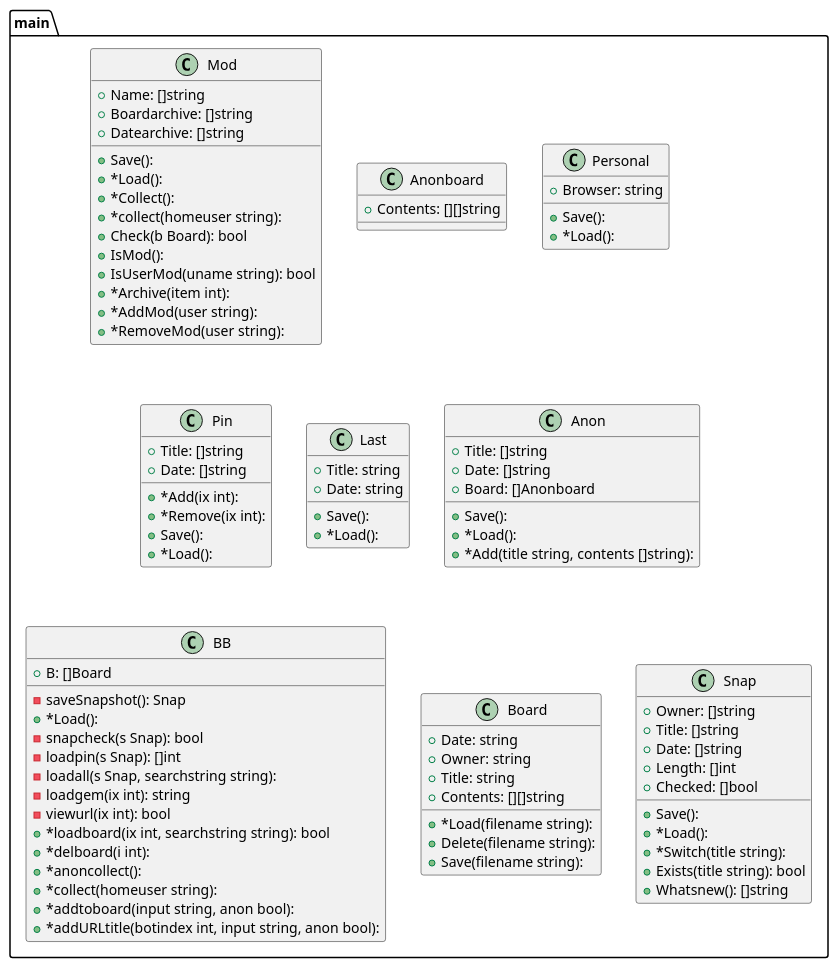
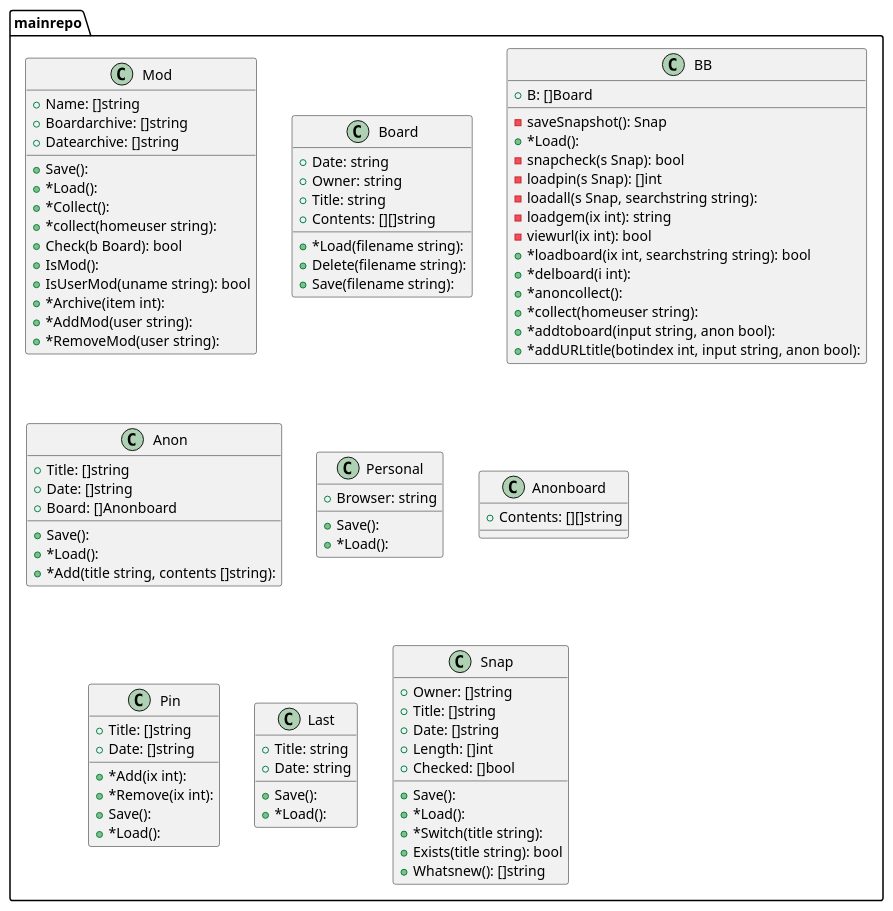
The diagram in graph.puml (tbal999/bb), drawn with PlantUML before and after one commit. The commit also changed 1 other file, not shown here.

```diff
--- a/graph.puml
+++ b/graph.puml
@@ -1,104 +1,104 @@
 @startuml
-package ...main{
+package ...mainrepo{
 class Mod {
 +Name: []string
 +Boardarchive: []string
 +Datearchive: []string
 +Save(): 
 +*Load(): 
 +*Collect(): 
 +*collect(homeuser string): 
 +Check(b Board): bool
 +IsMod(): 
 +IsUserMod(uname string): bool
 +*Archive(item int): 
 +*AddMod(user string): 
 +*RemoveMod(user string): 
 }
 }
-package ...main{
-class Anonboard {
+package ...mainrepo{
+class Board {
++Date: string
++Owner: string
++Title: string
 +Contents: [][]string
-
++*Load(filename string): 
++Delete(filename string): 
++Save(filename string): 
 }
 }
-package ...main{
-class Personal {
-+Browser: string
-+Save(): 
-+*Load(): 
-}
-}
-package ...main{
-class Pin {
-+Title: []string
-+Date: []string
-+*Add(ix int): 
-+*Remove(ix int): 
-+Save(): 
-+*Load(): 
-}
-}
-package ...main{
-class Last {
-+Title: string
-+Date: string
-+Save(): 
-+*Load(): 
-}
-}
-package ...main{
-class Anon {
-+Title: []string
-+Date: []string
-+Board: []Anonboard
-+Save(): 
-+*Load(): 
-+*Add(title string, contents []string): 
-}
-}
-package ...main{
+package ...mainrepo{
 class BB {
 +B: []Board
 -saveSnapshot(): Snap
 +*Load(): 
 -snapcheck(s Snap): bool
 -loadpin(s Snap): []int
 -loadall(s Snap, searchstring string): 
 -loadgem(ix int): string
 -viewurl(ix int): bool
 +*loadboard(ix int, searchstring string): bool
 +*delboard(i int): 
 +*anoncollect(): 
 +*collect(homeuser string): 
 +*addtoboard(input string, anon bool): 
 +*addURLtitle(botindex int, input string, anon bool): 
 }
 }
-package ...main{
-class Board {
-+Date: string
-+Owner: string
-+Title: string
-+Contents: [][]string
-+*Load(filename string): 
-+Delete(filename string): 
-+Save(filename string): 
+package ...mainrepo{
+class Anon {
++Title: []string
++Date: []string
++Board: []Anonboard
++Save(): 
++*Load(): 
++*Add(title string, contents []string): 
 }
 }
-package ...main{
+package ...mainrepo{
+class Personal {
++Browser: string
++Save(): 
++*Load(): 
+}
+}
+package ...mainrepo{
+class Anonboard {
++Contents: [][]string
+
+}
+}
+package ...mainrepo{
+class Pin {
++Title: []string
++Date: []string
++*Add(ix int): 
++*Remove(ix int): 
++Save(): 
++*Load(): 
+}
+}
+package ...mainrepo{
+class Last {
++Title: string
++Date: string
++Save(): 
++*Load(): 
+}
+}
+package ...mainrepo{
 class Snap {
 +Owner: []string
 +Title: []string
 +Date: []string
 +Length: []int
 +Checked: []bool
 +Save(): 
 +*Load(): 
 +*Switch(title string): 
 +Exists(title string): bool
 +Whatsnew(): []string
 }
 }
 
 @enduml
```
